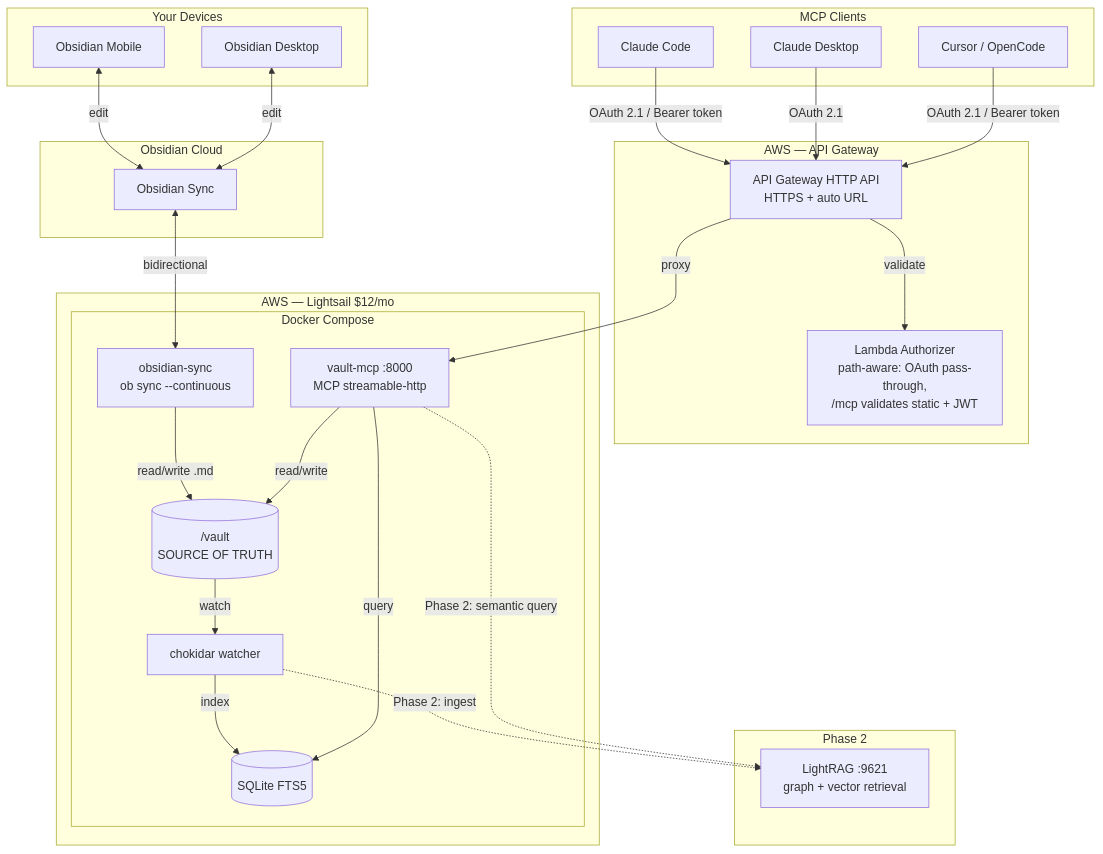
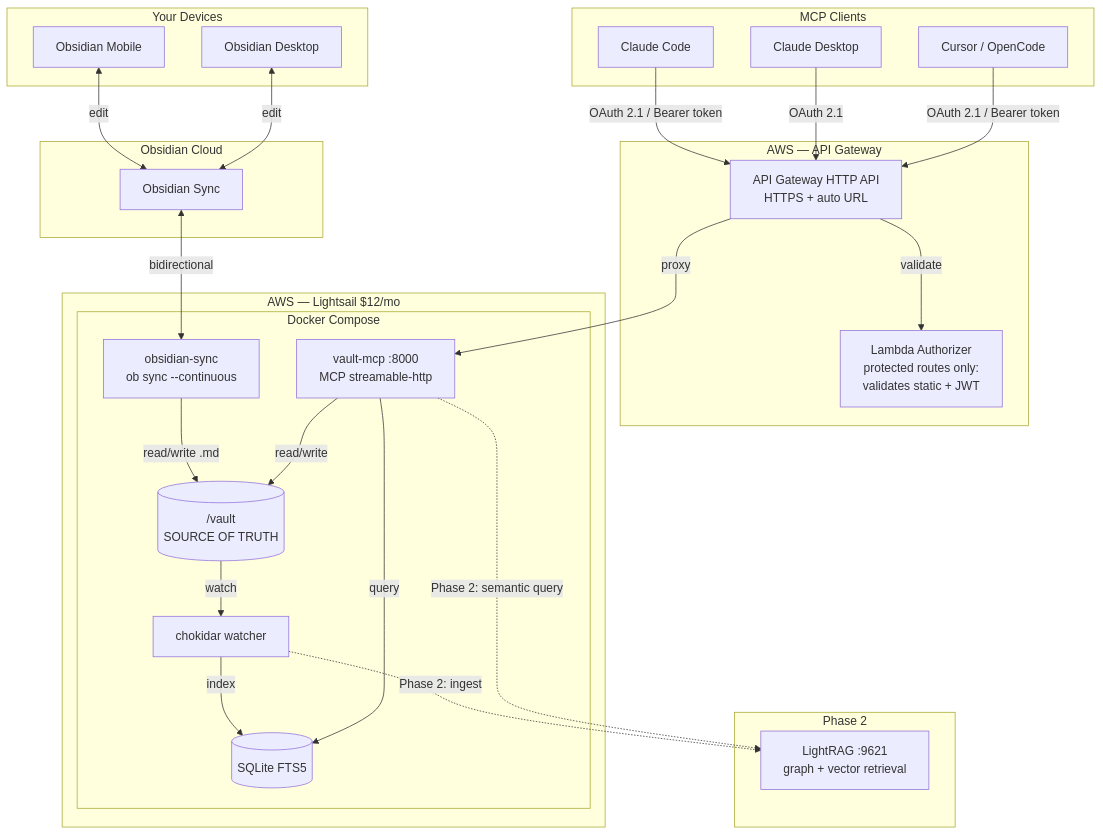
Before and after one commit to aliasunder/vault-cortex: the first of 3 diagrams in ARCHITECTURE.md, drawn with Mermaid. The commit also changed other lines of this file and 2 other files, not shown here.

First line of the commit message:
fix(deploy): return 401 for tokenless requests to enable MCP connect flow (#121)

````diff
--- a/ARCHITECTURE.md
+++ b/ARCHITECTURE.md
@@ -52,52 +52,52 @@
 ```mermaid
 graph TB
     subgraph devices ["Your Devices"]
         OBS_PHONE["Obsidian Mobile"]
         OBS_LAPTOP["Obsidian Desktop"]
     end
 
     subgraph cloud ["Obsidian Cloud"]
         SYNC["Obsidian Sync"]
     end
 
     subgraph apigw_grp ["AWS — API Gateway"]
         APIGW["API Gateway HTTP API<br/>HTTPS + auto URL"]
-        AUTH_FN["Lambda Authorizer<br/>path-aware: OAuth pass-through,<br/>/mcp validates static + JWT"]
+        AUTH_FN["Lambda Authorizer<br/>protected routes only:<br/>validates static + JWT"]
         APIGW -->|validate| AUTH_FN
     end
 
     subgraph lightsail ["AWS — Lightsail $12/mo"]
         subgraph compose ["Docker Compose"]
             OB_HEADLESS["obsidian-sync<br/>ob sync --continuous"]
             VAULT_FS[("/vault<br/>SOURCE OF TRUTH")]
             MCP_SERVER["vault-mcp :8000<br/>MCP streamable-http"]
             SQLITE[("SQLite FTS5")]
             WATCHER["chokidar watcher"]
         end
     end
 
     subgraph phase2 ["Phase 2"]
         LIGHTRAG["LightRAG :9621<br/>graph + vector retrieval"]
     end
 
     subgraph clients ["MCP Clients"]
         CC["Claude Code"]
         CD["Claude Desktop"]
         CU["Cursor / OpenCode"]
     end
 
     OBS_PHONE <-->|edit| SYNC
     OBS_LAPTOP <-->|edit| SYNC
     SYNC <-->|bidirectional| OB_HEADLESS
     OB_HEADLESS -->|read/write .md| VAULT_FS
     VAULT_FS -->|watch| WATCHER
     WATCHER -->|index| SQLITE
     WATCHER -.->|Phase 2: ingest| LIGHTRAG
     MCP_SERVER -->|read/write| VAULT_FS
     MCP_SERVER -->|query| SQLITE
     MCP_SERVER -.->|Phase 2: semantic query| LIGHTRAG
     CC -->|OAuth 2.1 / Bearer token| APIGW
     CD -->|OAuth 2.1| APIGW
     CU -->|OAuth 2.1 / Bearer token| APIGW
     APIGW -->|proxy| MCP_SERVER
 ```
````
